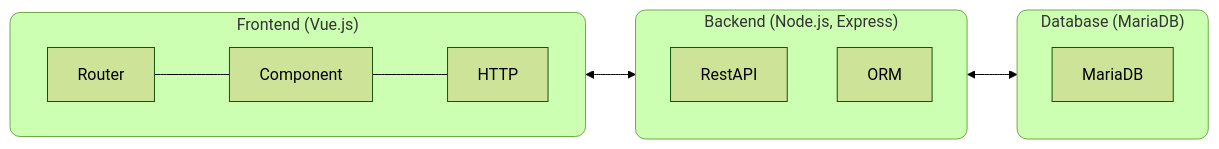
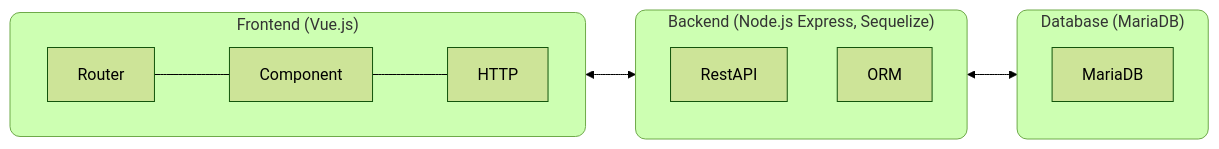
One commit to japoch/dbwebviewer changed the diagram in README.md. Above: the diagram before and after it, drawn with Mermaid (forest theme). The commit also changed other lines of this file, not shown here.

````diff
--- a/README.md
+++ b/README.md
@@ -15,18 +15,18 @@
 ```mermaid
 graph LR
   subgraph fe["Frontend (Vue.js)"]
     style fe rx:10,ry:10
     direction LR
     Router---Component---HTTP
   end
-  subgraph be["Backend (Node.js, Express)"]
+  subgraph be["Backend (Node.js Express, Sequelize)"]
     style be rx:10,ry:10
     RestAPI
     ORM
   end
   subgraph db["Database (MariaDB)"]
     style db rx:10,ry:10
     MariaDB
   end
   fe<-->be<-->db
 ```
````
